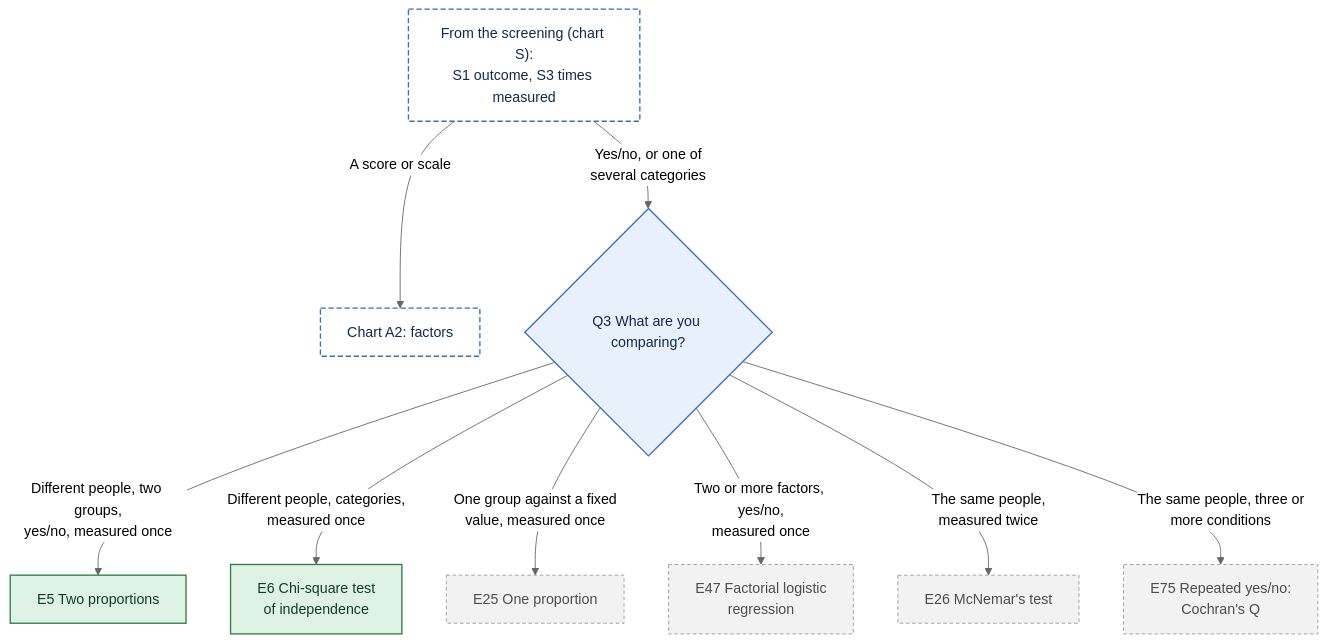
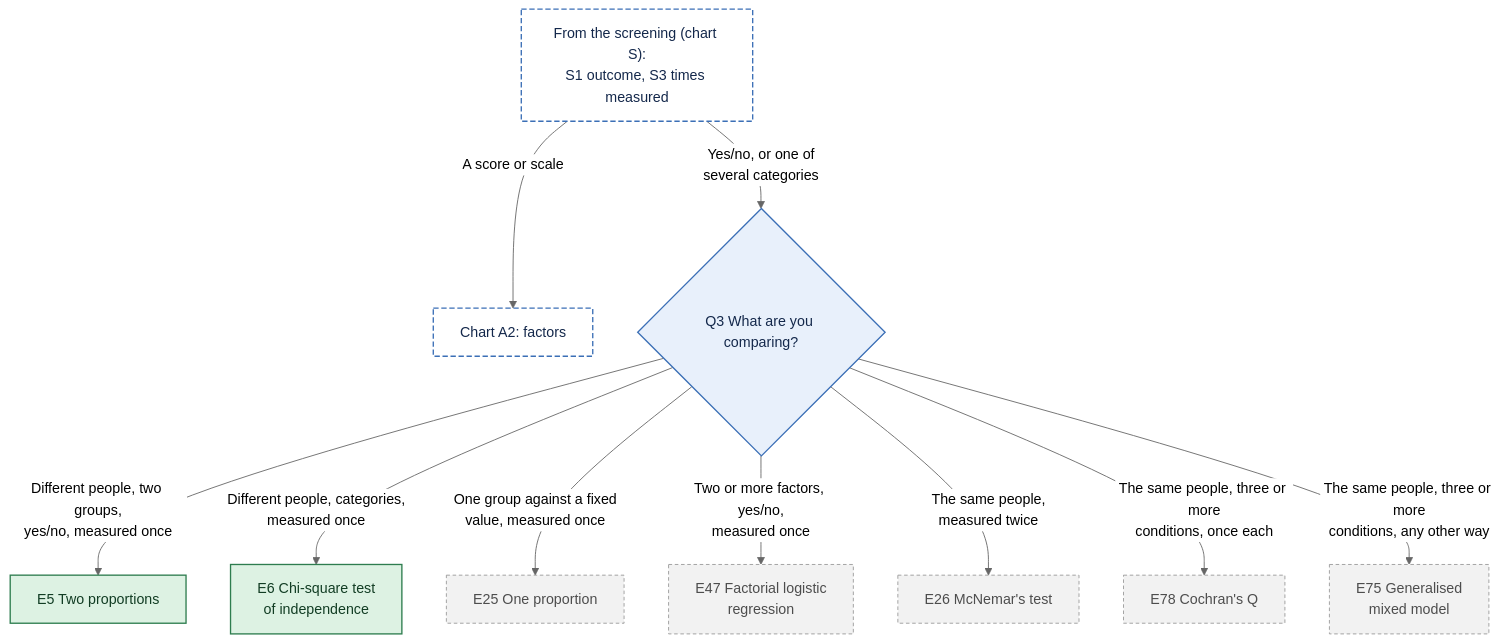
One commit to JoelThornton/Powerkit changed the third of 11 diagrams in docs/decision-tree.md. Above: the diagram before and after it, drawn with Mermaid (neutral theme). The commit also changed other lines of this file and 19 other files, not shown here.

First line of the commit message:
Give Cochran's Q a card of its own in the yes/no group (0.77.2) (#455)

````diff
--- a/docs/decision-tree.md
+++ b/docs/decision-tree.md
@@ -319,21 +319,22 @@
 ```mermaid
 flowchart TD
   S["From the screening (chart S):<br/>S1 outcome, S3 times measured"]
   S -->|A score or scale| A2["Chart A2: factors"]
   S -->|Yes/no, or one of<br/>several categories| Q3y{"Q3 What are you comparing?"}
   Q3y -->|Different people, two groups,<br/>yes/no, measured once| E5["E5 Two proportions"]
   Q3y -->|Different people, categories,<br/>measured once| E6["E6 Chi-square test<br/>of independence"]
   Q3y -->|One group against a fixed<br/>value, measured once| E25["E25 One proportion"]
   Q3y -->|Two or more factors, yes/no,<br/>measured once| E47["E47 Factorial logistic<br/>regression"]
   Q3y -->|The same people,<br/>measured twice| E26["E26 McNemar's test"]
-  Q3y -->|The same people, three or<br/>more conditions| E75["E75 Repeated yes/no:<br/>Cochran's Q"]
+  Q3y -->|The same people, three or more<br/>conditions, once each| E78["E78 Cochran's Q"]
+  Q3y -->|The same people, three or more<br/>conditions, any other way| E75["E75 Generalised<br/>mixed model"]
   class Q3y q
   class E5,E6 avail
-  class E25,E26,E47,E75 later
+  class E25,E26,E47,E75,E78 later
   class S,A2 jump
   classDef q fill:#E8F0FB,stroke:#3B6FB6,color:#14284B,stroke-width:1.5px
   classDef avail fill:#DDF2E3,stroke:#2E7D4F,color:#123D24,stroke-width:1.5px
   classDef spec fill:#FFF0D1,stroke:#B97A00,color:#4A3200,stroke-width:1.5px
   classDef later fill:#F2F2F2,stroke:#9A9A9A,color:#4D4D4D,stroke-width:1px,stroke-dasharray:4 3
   classDef jump fill:#FFFFFF,stroke:#3B6FB6,color:#14284B,stroke-width:1.5px,stroke-dasharray:6 3
 ```
````
